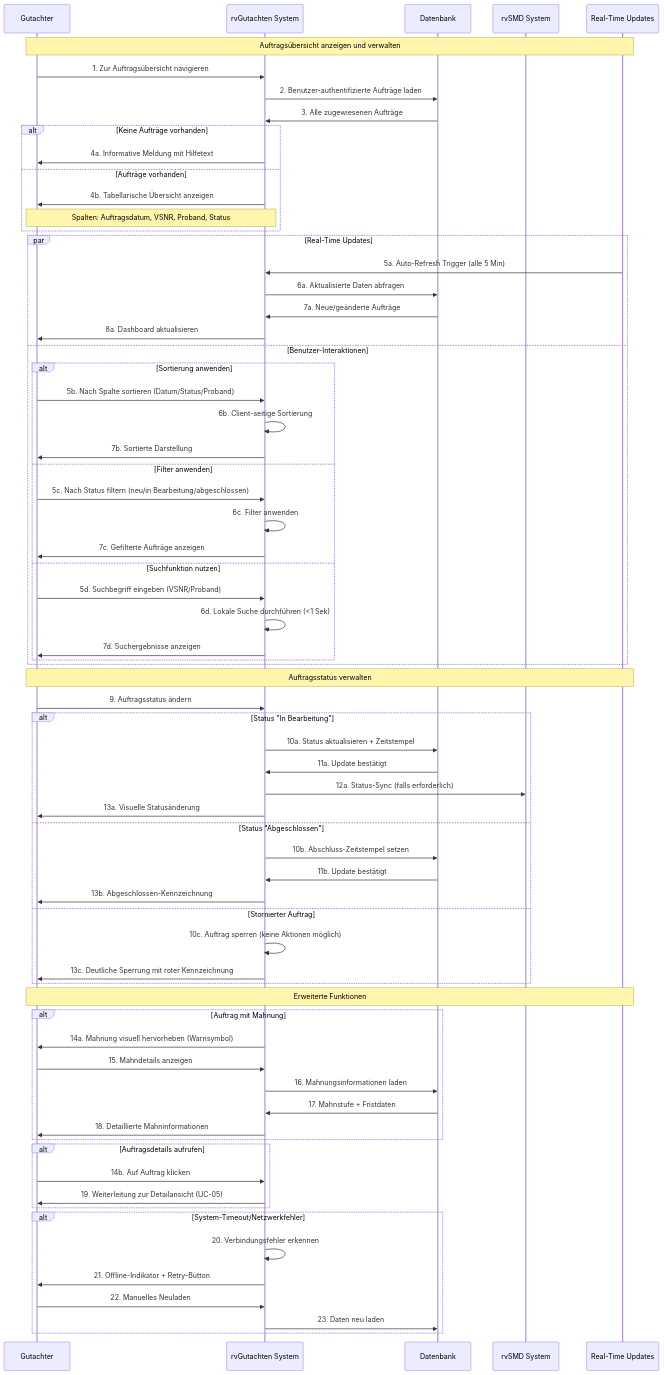
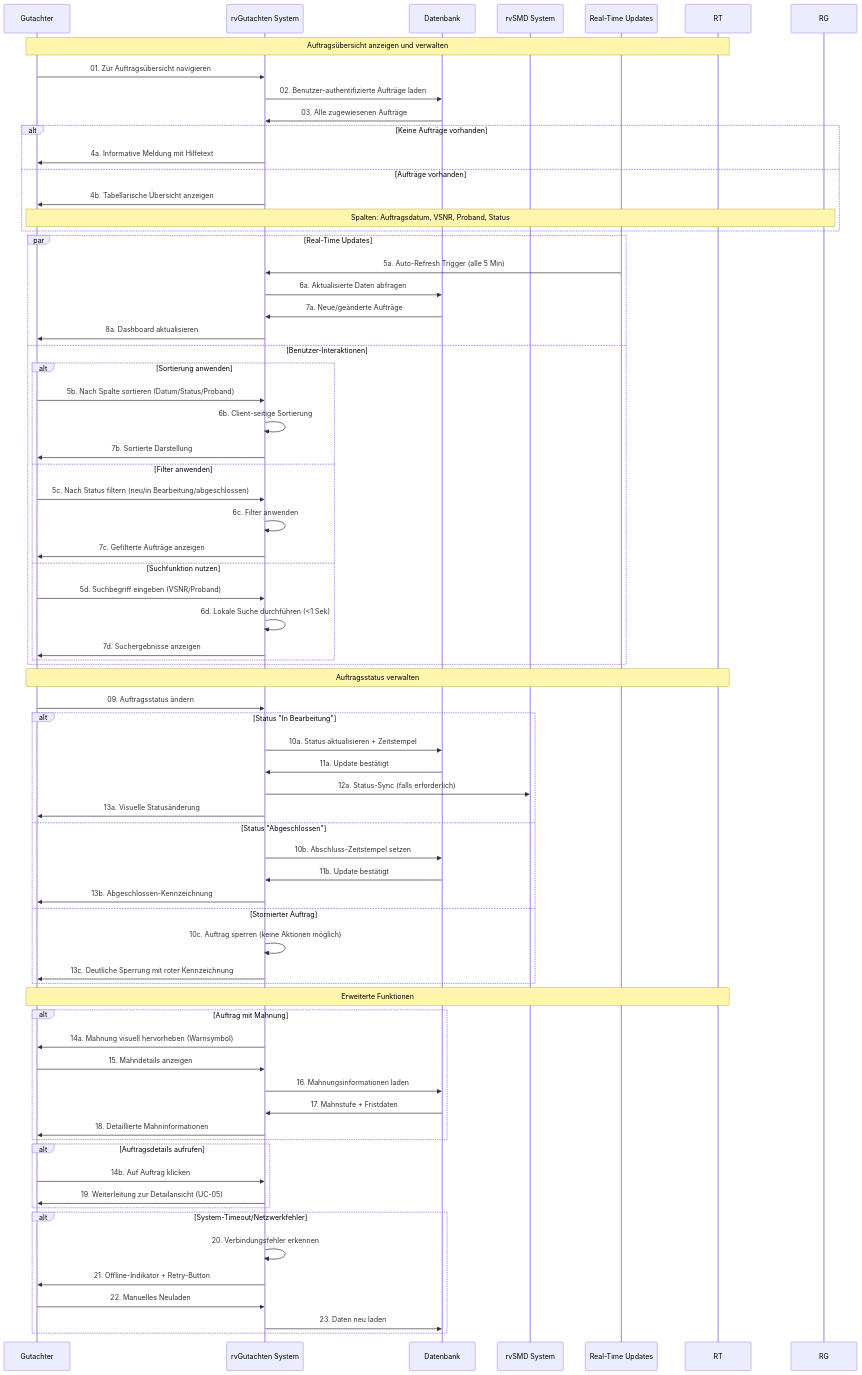
One commit to megadur/QARvGut changed the diagram in docs/UseCases/mermaid/UC-04-Auftragsübersicht-und-verwaltung.mmd. Above: the diagram before and after it, drawn with Mermaid. The commit also changed 11 other files, not shown here.

First line of the commit message:
docs: Standardize participant abbreviations and add leading zeros to all UC diagrams

```diff
--- a/docs/UseCases/mermaid/UC-04-Auftragsübersicht-und-verwaltung.mmd
+++ b/docs/UseCases/mermaid/UC-04-Auftragsübersicht-und-verwaltung.mmd
@@ -1,84 +1,84 @@
 sequenceDiagram
-    participant G as Gutachter
-    participant RG as rvGutachten System
+    participant GUT as Gutachter
+    participant RVG as rvGutachten System
     participant DB as Datenbank
     participant SMD as rvSMD System
-    participant RT as Real-Time Updates
+    participant RTU as Real-Time Updates
 
-    Note over G,RT: Auftragsübersicht anzeigen und verwalten
+    Note over GUT,RT: Auftragsübersicht anzeigen und verwalten
 
-    G->>RG: 1. Zur Auftragsübersicht navigieren
-    RG->>DB: 2. Benutzer-authentifizierte Aufträge laden
-    DB->>RG: 3. Alle zugewiesenen Aufträge
+    GUT->>RVG: 01. Zur Auftragsübersicht navigieren
+    RVG->>DB: 02. Benutzer-authentifizierte Aufträge laden
+    DB->>RVG: 03. Alle zugewiesenen Aufträge
 
     alt Keine Aufträge vorhanden
-        RG->>G: 4a. Informative Meldung mit Hilfetext
+        RVG->>GUT: 4a. Informative Meldung mit Hilfetext
     else Aufträge vorhanden
-        RG->>G: 4b. Tabellarische Übersicht anzeigen
-        Note over G,RG: Spalten: Auftragsdatum, VSNR, Proband, Status
+        RVG->>GUT: 4b. Tabellarische Übersicht anzeigen
+        Note over GUT,RG: Spalten: Auftragsdatum, VSNR, Proband, Status
     end
 
     par Real-Time Updates
-        RT->>RG: 5a. Auto-Refresh Trigger (alle 5 Min)
-        RG->>DB: 6a. Aktualisierte Daten abfragen
-        DB->>RG: 7a. Neue/geänderte Aufträge
-        RG->>G: 8a. Dashboard aktualisieren
+        RTU->>RVG: 5a. Auto-Refresh Trigger (alle 5 Min)
+        RVG->>DB: 6a. Aktualisierte Daten abfragen
+        DB->>RVG: 7a. Neue/geänderte Aufträge
+        RVG->>GUT: 8a. Dashboard aktualisieren
 
     and Benutzer-Interaktionen
         alt Sortierung anwenden
-            G->>RG: 5b. Nach Spalte sortieren (Datum/Status/Proband)
-            RG->>RG: 6b. Client-seitige Sortierung
-            RG->>G: 7b. Sortierte Darstellung
+            GUT->>RVG: 5b. Nach Spalte sortieren (Datum/Status/Proband)
+            RVG->>RVG: 6b. Client-seitige Sortierung
+            RVG->>GUT: 7b. Sortierte Darstellung
 
         else Filter anwenden
-            G->>RG: 5c. Nach Status filtern (neu/in Bearbeitung/abgeschlossen)
-            RG->>RG: 6c. Filter anwenden
-            RG->>G: 7c. Gefilterte Aufträge anzeigen
+            GUT->>RVG: 5c. Nach Status filtern (neu/in Bearbeitung/abgeschlossen)
+            RVG->>RVG: 6c. Filter anwenden
+            RVG->>GUT: 7c. Gefilterte Aufträge anzeigen
 
         else Suchfunktion nutzen
-            G->>RG: 5d. Suchbegriff eingeben (VSNR/Proband)
-            RG->>RG: 6d. Lokale Suche durchführen (<1 Sek)
-            RG->>G: 7d. Suchergebnisse anzeigen
+            GUT->>RVG: 5d. Suchbegriff eingeben (VSNR/Proband)
+            RVG->>RVG: 6d. Lokale Suche durchführen (<1 Sek)
+            RVG->>GUT: 7d. Suchergebnisse anzeigen
         end
     end
 
-    Note over G,RT: Auftragsstatus verwalten
+    Note over GUT,RT: Auftragsstatus verwalten
 
-    G->>RG: 9. Auftragsstatus ändern
+    GUT->>RVG: 09. Auftragsstatus ändern
     alt Status "In Bearbeitung"
-        RG->>DB: 10a. Status aktualisieren + Zeitstempel
-        DB->>RG: 11a. Update bestätigt
-        RG->>SMD: 12a. Status-Sync (falls erforderlich)
-        RG->>G: 13a. Visuelle Statusänderung
+        RVG->>DB: 10a. Status aktualisieren + Zeitstempel
+        DB->>RVG: 11a. Update bestätigt
+        RVG->>SMD: 12a. Status-Sync (falls erforderlich)
+        RVG->>GUT: 13a. Visuelle Statusänderung
 
     else Status "Abgeschlossen"
-        RG->>DB: 10b. Abschluss-Zeitstempel setzen
-        DB->>RG: 11b. Update bestätigt
-        RG->>G: 13b. Abgeschlossen-Kennzeichnung
+        RVG->>DB: 10b. Abschluss-Zeitstempel setzen
+        DB->>RVG: 11b. Update bestätigt
+        RVG->>GUT: 13b. Abgeschlossen-Kennzeichnung
 
     else Stornierter Auftrag
-        RG->>RG: 10c. Auftrag sperren (keine Aktionen möglich)
-        RG->>G: 13c. Deutliche Sperrung mit roter Kennzeichnung
+        RVG->>RVG: 10c. Auftrag sperren (keine Aktionen möglich)
+        RVG->>GUT: 13c. Deutliche Sperrung mit roter Kennzeichnung
     end
 
-    Note over G,RT: Erweiterte Funktionen
+    Note over GUT,RT: Erweiterte Funktionen
 
     alt Auftrag mit Mahnung
-        RG->>G: 14a. Mahnung visuell hervorheben (Warnsymbol)
-        G->>RG: 15. Mahndetails anzeigen
-        RG->>DB: 16. Mahnungsinformationen laden
-        DB->>RG: 17. Mahnstufe + Fristdaten
-        RG->>G: 18. Detaillierte Mahninformationen
+        RVG->>GUT: 14a. Mahnung visuell hervorheben (Warnsymbol)
+        GUT->>RVG: 15. Mahndetails anzeigen
+        RVG->>DB: 16. Mahnungsinformationen laden
+        DB->>RVG: 17. Mahnstufe + Fristdaten
+        RVG->>GUT: 18. Detaillierte Mahninformationen
     end
 
     alt Auftragsdetails aufrufen
-        G->>RG: 14b. Auf Auftrag klicken
-        RG->>G: 19. Weiterleitung zur Detailansicht (UC-05)
+        GUT->>RVG: 14b. Auf Auftrag klicken
+        RVG->>GUT: 19. Weiterleitung zur Detailansicht (UC-05)
     end
 
     alt System-Timeout/Netzwerkfehler
-        RG->>RG: 20. Verbindungsfehler erkennen
-        RG->>G: 21. Offline-Indikator + Retry-Button
-        G->>RG: 22. Manuelles Neuladen
-        RG->>DB: 23. Daten neu laden
+        RVG->>RVG: 20. Verbindungsfehler erkennen
+        RVG->>GUT: 21. Offline-Indikator + Retry-Button
+        GUT->>RVG: 22. Manuelles Neuladen
+        RVG->>DB: 23. Daten neu laden
     end
```
